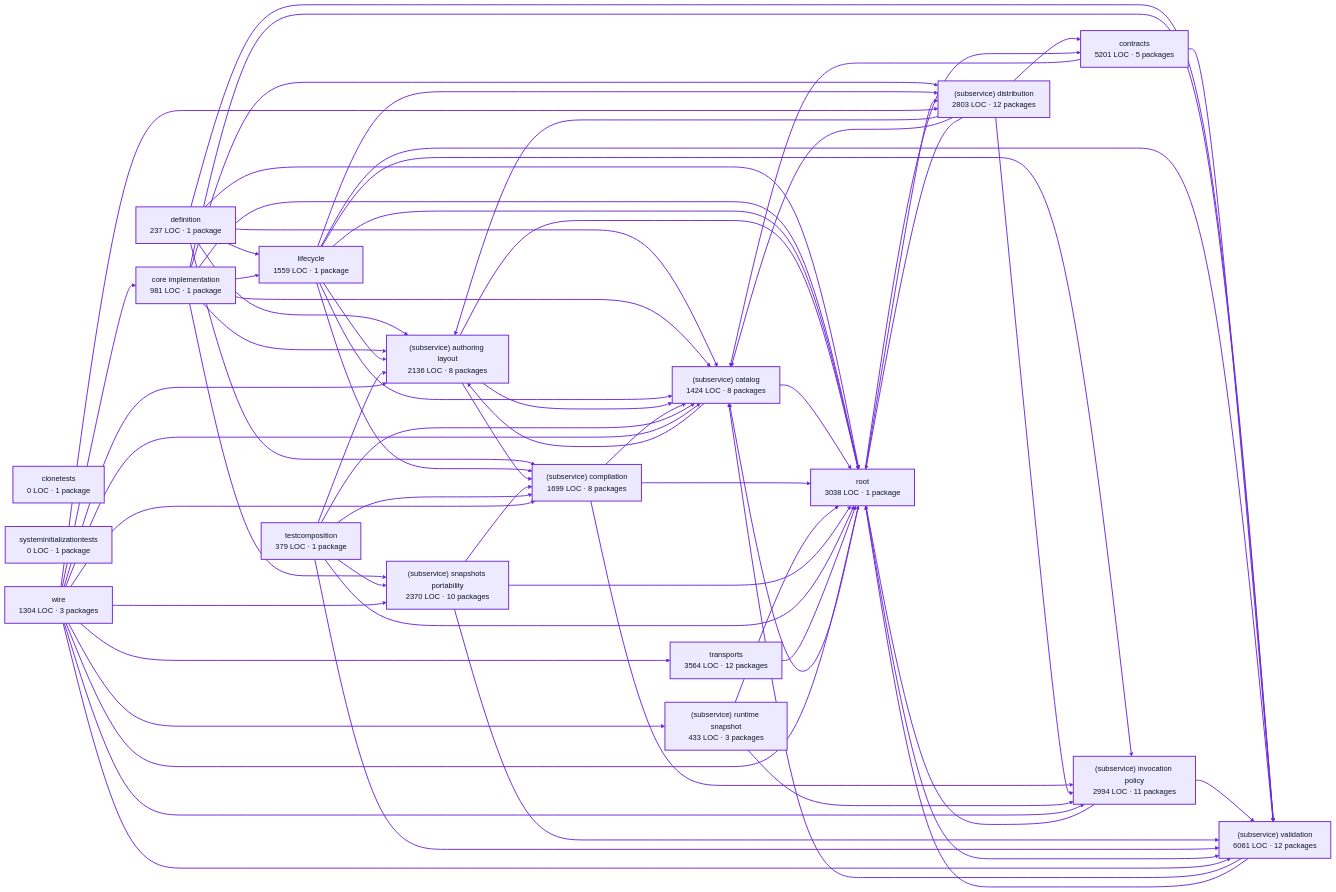
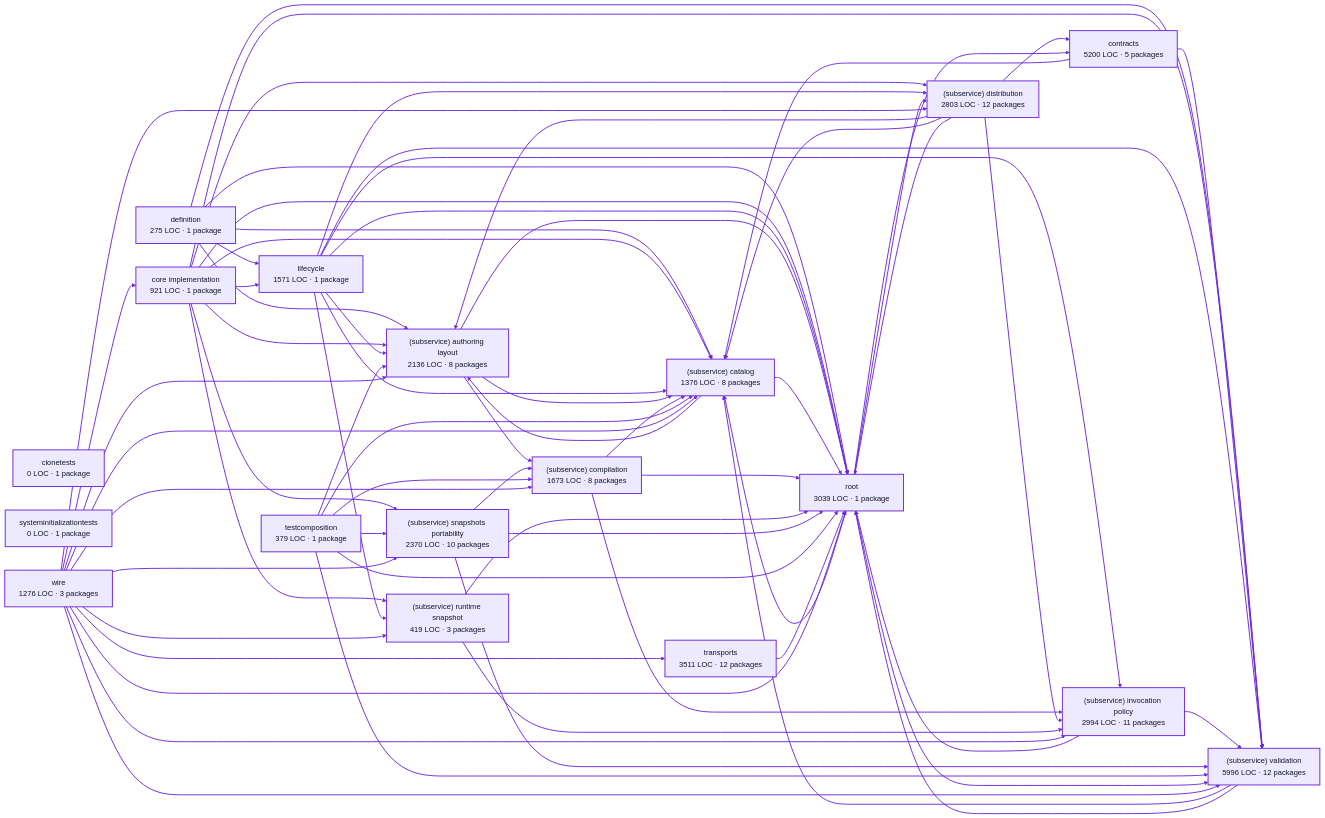
Before and after one commit to portpowered/you-agent-factory: the diagram in docs/architecture/visualizations/services/factory_definitions.md, drawn with Mermaid (neutral theme). The commit also changed other lines of this file and 20 other files, not shown here.

Commit message:
docs: refresh backend architecture visualizations

````diff
--- a/docs/architecture/visualizations/services/factory_definitions.md
+++ b/docs/architecture/visualizations/services/factory_definitions.md
@@ -11,33 +11,33 @@
 ```mermaid
 flowchart LR
   p0["clonetests<br/>0 LOC · 1 package"]
-  p1["definition<br/>237 LOC · 1 package"]
-  p2["core implementation<br/>981 LOC · 1 package"]
-  p3["contracts<br/>5201 LOC · 5 packages"]
-  p4["lifecycle<br/>1559 LOC · 1 package"]
+  p1["definition<br/>275 LOC · 1 package"]
+  p2["core implementation<br/>921 LOC · 1 package"]
+  p3["contracts<br/>5200 LOC · 5 packages"]
+  p4["lifecycle<br/>1571 LOC · 1 package"]
   p5["(subservice) authoring layout<br/>2136 LOC · 8 packages"]
-  p6["(subservice) catalog<br/>1424 LOC · 8 packages"]
-  p7["(subservice) compilation<br/>1699 LOC · 8 packages"]
+  p6["(subservice) catalog<br/>1376 LOC · 8 packages"]
+  p7["(subservice) compilation<br/>1673 LOC · 8 packages"]
   p8["(subservice) distribution<br/>2803 LOC · 12 packages"]
   p9["(subservice) invocation policy<br/>2994 LOC · 11 packages"]
-  p10["(subservice) runtime snapshot<br/>433 LOC · 3 packages"]
+  p10["(subservice) runtime snapshot<br/>419 LOC · 3 packages"]
   p11["(subservice) snapshots portability<br/>2370 LOC · 10 packages"]
-  p12["(subservice) validation<br/>6061 LOC · 12 packages"]
+  p12["(subservice) validation<br/>5996 LOC · 12 packages"]
   p13["testcomposition<br/>379 LOC · 1 package"]
-  p14["root<br/>3038 LOC · 1 package"]
+  p14["root<br/>3039 LOC · 1 package"]
   p15["systeminitializationtests<br/>0 LOC · 1 package"]
-  p16["transports<br/>3564 LOC · 12 packages"]
-  p17["wire<br/>1304 LOC · 3 packages"]
+  p16["transports<br/>3511 LOC · 12 packages"]
+  p17["wire<br/>1276 LOC · 3 packages"]
   p1 --> p4
   p1 --> p5
   p1 --> p6
-  p1 --> p7
   p1 --> p12
   p1 --> p14
   p2 --> p4
   p2 --> p5
   p2 --> p6
   p2 --> p8
+  p2 --> p10
   p2 --> p11
   p2 --> p12
   p2 --> p14
@@ -45,9 +45,9 @@
   p3 --> p12
   p4 --> p5
   p4 --> p6
-  p4 --> p7
   p4 --> p8
   p4 --> p9
+  p4 --> p10
   p4 --> p12
   p4 --> p14
   p5 --> p6
````
